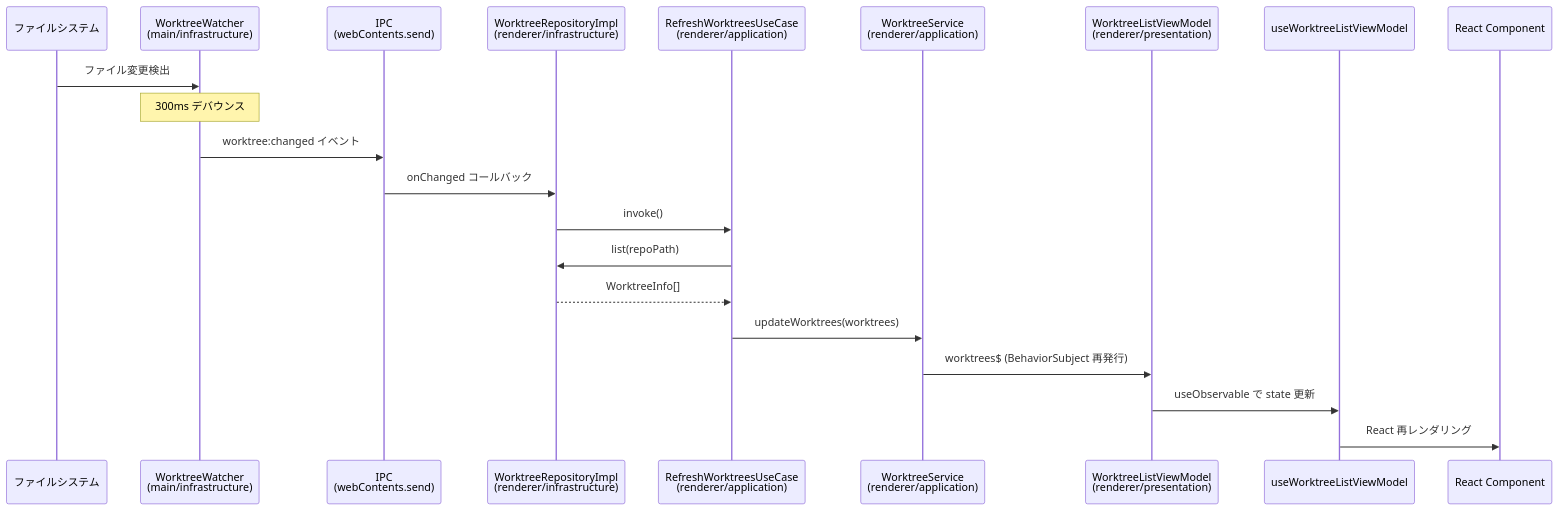
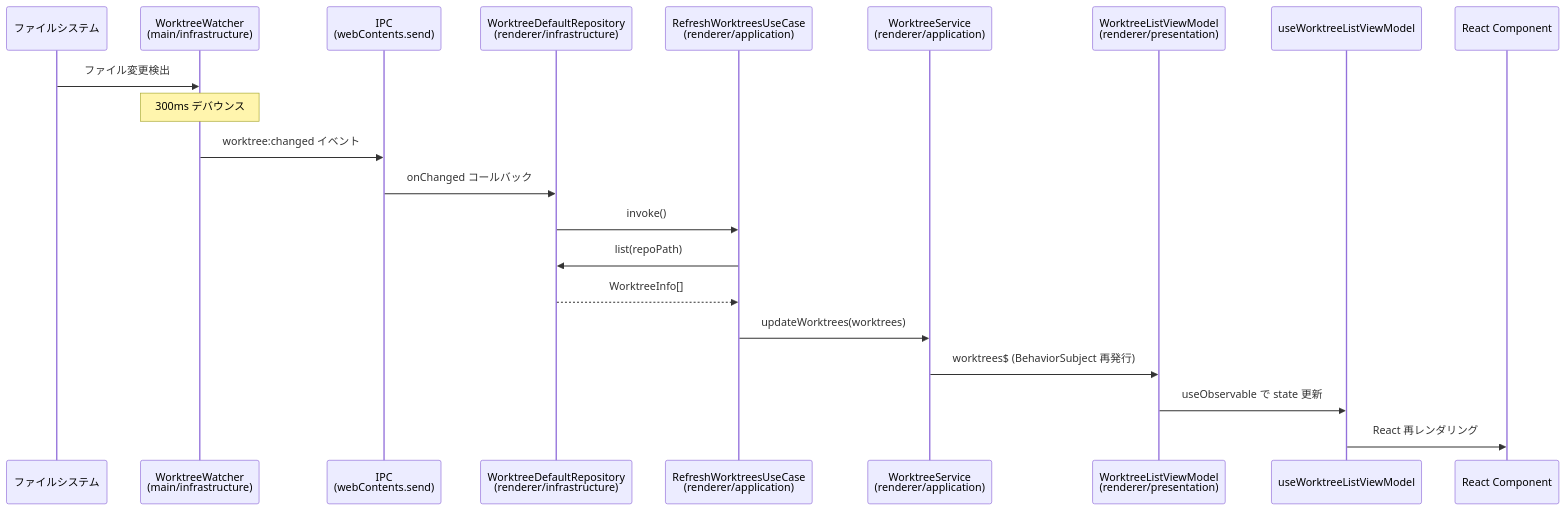
Before and after one commit to ToshikiImagawa/Buruma: the second of 2 diagrams in .sdd/specification/worktree-management_design.md, drawn with Mermaid. The commit also changed other lines of this file and 90 other files, not shown here.

````diff
--- a/.sdd/specification/worktree-management_design.md
+++ b/.sdd/specification/worktree-management_design.md
@@ -759,24 +759,24 @@
 ```mermaid
 sequenceDiagram
     participant FS as ファイルシステム
     participant Watcher as WorktreeWatcher<br/>(main/infrastructure)
     participant IPC as IPC<br/>(webContents.send)
-    participant RepoImpl as WorktreeRepositoryImpl<br/>(renderer/infrastructure)
+    participant RepoDefault as WorktreeDefaultRepository<br/>(renderer/infrastructure)
     participant Refresh as RefreshWorktreesUseCase<br/>(renderer/application)
     participant Service as WorktreeService<br/>(renderer/application)
     participant VM as WorktreeListViewModel<br/>(renderer/presentation)
     participant Hook as useWorktreeListViewModel
     participant UI as React Component
 
     FS->>Watcher: ファイル変更検出
     Note over Watcher: 300ms デバウンス
     Watcher->>IPC: worktree:changed イベント
-    IPC->>RepoImpl: onChanged コールバック
-    RepoImpl->>Refresh: invoke()
-    Refresh->>RepoImpl: list(repoPath)
-    RepoImpl-->>Refresh: WorktreeInfo[]
+    IPC->>RepoDefault: onChanged コールバック
+    RepoDefault->>Refresh: invoke()
+    Refresh->>RepoDefault: list(repoPath)
+    RepoDefault-->>Refresh: WorktreeInfo[]
     Refresh->>Service: updateWorktrees(worktrees)
     Service->>VM: worktrees$ (BehaviorSubject 再発行)
     VM->>Hook: useObservable で state 更新
     Hook->>UI: React 再レンダリング
 ```
````
